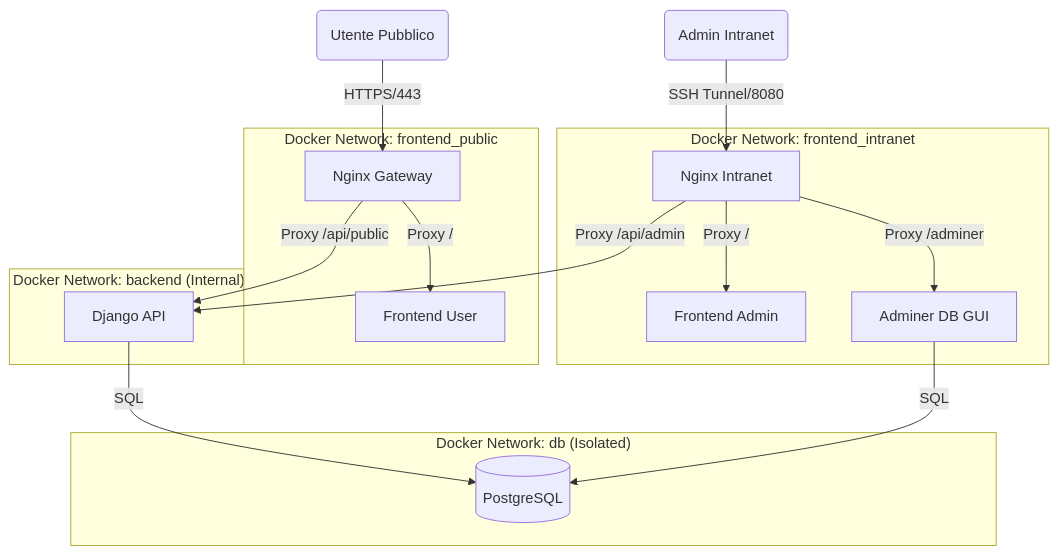
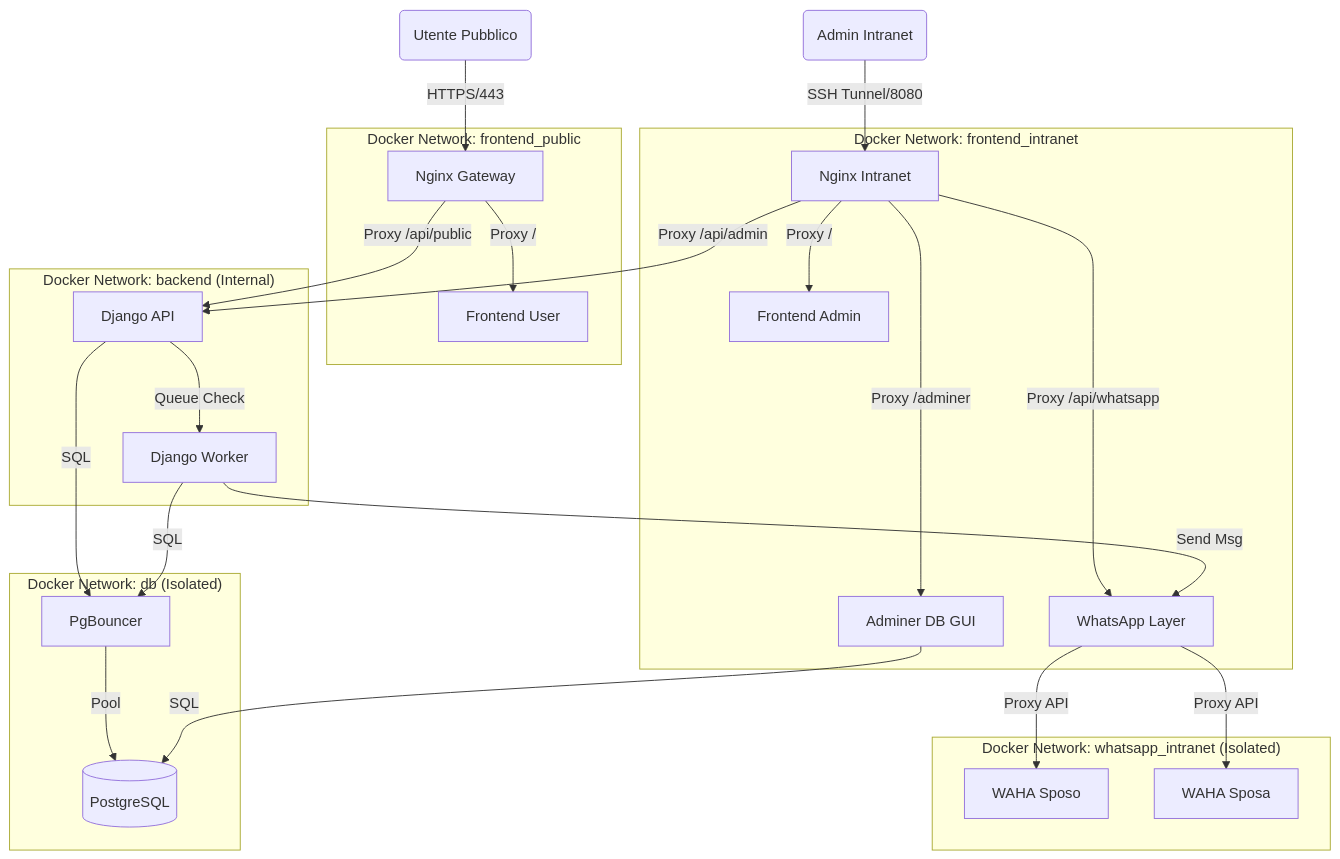
Before and after one commit to nemocrk/my-wedding-app: the diagram in docs/01-ARCHITECTURE.md, drawn with Mermaid. The commit also changed other lines of this file, not shown here.

Commit message:
Update architecture documentation with WhatsApp Integration components

````diff
--- a/docs/01-ARCHITECTURE.md
+++ b/docs/01-ARCHITECTURE.md
@@ -8,24 +8,34 @@
 ```mermaid
 graph TD
     User(Utente Pubblico) -->|HTTPS/443| NginxPublic
     Admin(Admin Intranet) -->|SSH Tunnel/8080| NginxIntranet
 
     subgraph "Docker Network: frontend_public"
         NginxPublic[Nginx Gateway] -->|Proxy /| FEUser[Frontend User]
     end
 
     subgraph "Docker Network: frontend_intranet"
         NginxIntranet[Nginx Intranet] -->|Proxy /| FEAdmin[Frontend Admin]
         NginxIntranet -->|Proxy /adminer| Adminer[Adminer DB GUI]
+        NginxIntranet -->|Proxy /api/whatsapp| WAIntegration[WhatsApp Layer]
     end
 
     subgraph "Docker Network: backend (Internal)"
         NginxPublic -->|Proxy /api/public| Backend[Django API]
         NginxIntranet -->|Proxy /api/admin| Backend
+        Backend -->|Queue Check| WAWorker[Django Worker]
+    end
+
+    subgraph "Docker Network: whatsapp_intranet (Isolated)"
+        WAIntegration -->|Proxy API| WAHAGroom[WAHA Sposo]
+        WAIntegration -->|Proxy API| WAHABride[WAHA Sposa]
+        WAWorker -->|Send Msg| WAIntegration
     end
 
     subgraph "Docker Network: db (Isolated)"
-        Backend -->|SQL| DB[(PostgreSQL)]
+        Backend -->|SQL| PgBouncer[PgBouncer]
+        PgBouncer -->|Pool| DB[(PostgreSQL)]
         Adminer -->|SQL| DB
+        WAWorker -->|SQL| PgBouncer
     end
 ```
````
